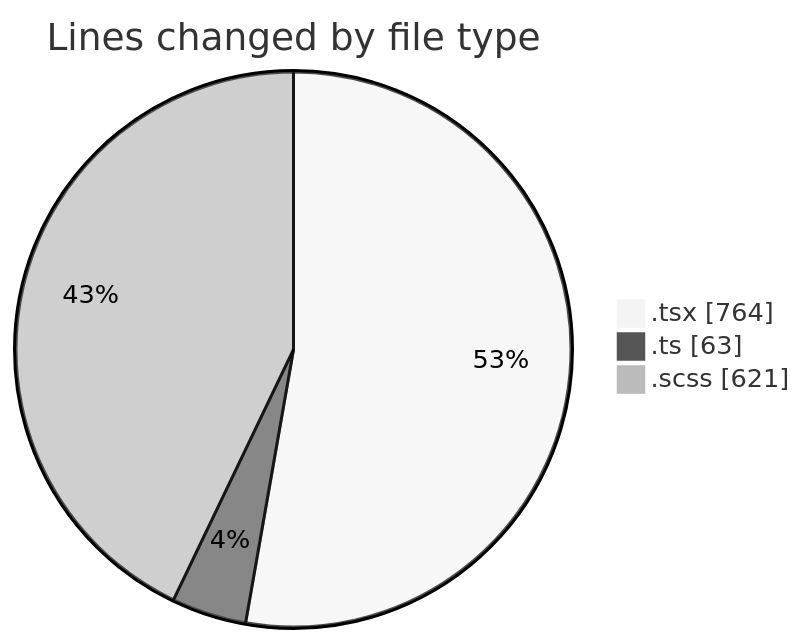
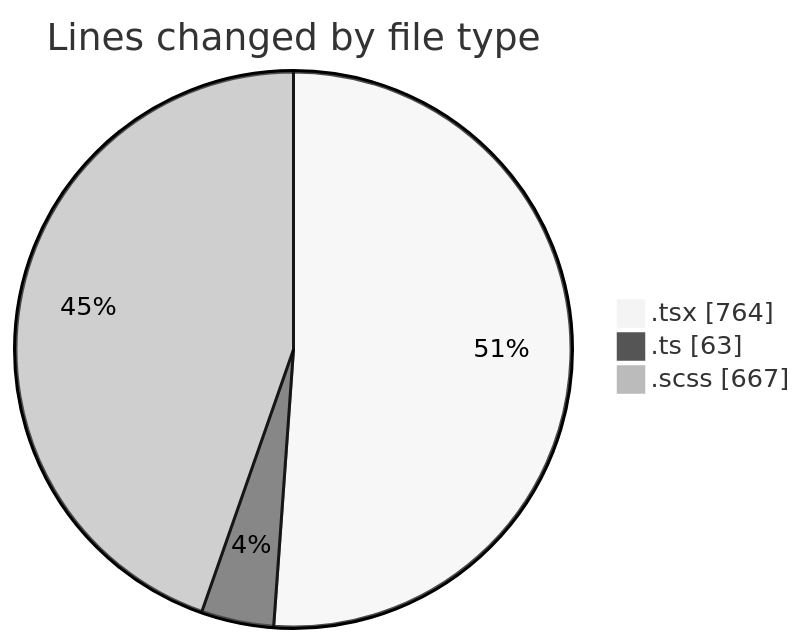
Before and after one commit to momahboobian/code-tracking: the first of 2 diagrams in 2025-04-02/cda/README.md, drawn with Mermaid (neutral theme). The commit also changed other lines of this file and 1 other file, not shown here.

````diff
--- a/2025-04-02/cda/README.md
+++ b/2025-04-02/cda/README.md
@@ -26,7 +26,7 @@
 ```mermaid
 pie showData
 title Lines changed by file type
 ".tsx" : 764
 ".ts" : 63
-".scss" : 621
+".scss" : 667
 ```
````
